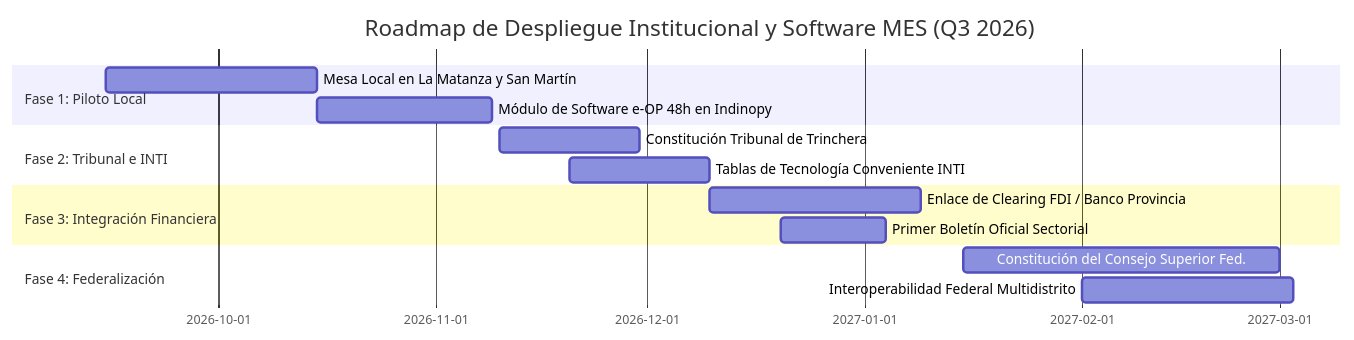
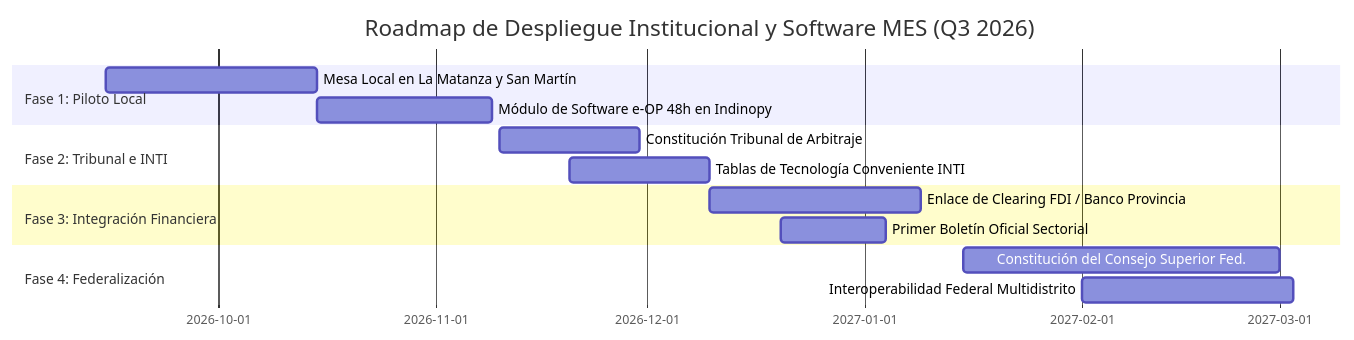
The sixth of 6 diagrams in docs/arquitectura_mes_gobernanza.md (sarthouse/indinopy), drawn with Mermaid before and after one commit. The commit also changed 7 other files, not shown here.

````diff
--- a/docs/arquitectura_mes_gobernanza.md
+++ b/docs/arquitectura_mes_gobernanza.md
@@ -501,17 +501,17 @@
 ```mermaid
 gantt
     title Roadmap de Despliegue Institucional y Software MES (Q3 2026)
     dateFormat  YYYY-MM-DD
     section Fase 1: Piloto Local
     Mesa Local en La Matanza y San Martín   :a1, 2026-09-15, 30d
     Módulo de Software e-OP 48h en Indinopy :p2, 2026-10-15, 25d
     section Fase 2: Tribunal e INTI
-    Constitución Tribunal de Trinchera      :p3, 2026-11-10, 20d
+    Constitución Tribunal de Arbitraje      :p3, 2026-11-10, 20d
     Tablas de Tecnología Conveniente INTI   :p4, 2026-11-20, 20d
     section Fase 3: Integración Financiera
     Enlace de Clearing FDI / Banco Provincia:p5, 2026-12-10, 30d
     Primer Boletín Oficial Sectorial        :p6, 2026-12-20, 15d
     section Fase 4: Federalización
     Constitución del Consejo Superior Fed.  :p7, 2027-01-15, 45d
     Interoperabilidad Federal Multidistrito :p8, 2027-02-01, 30d
 ```
````
